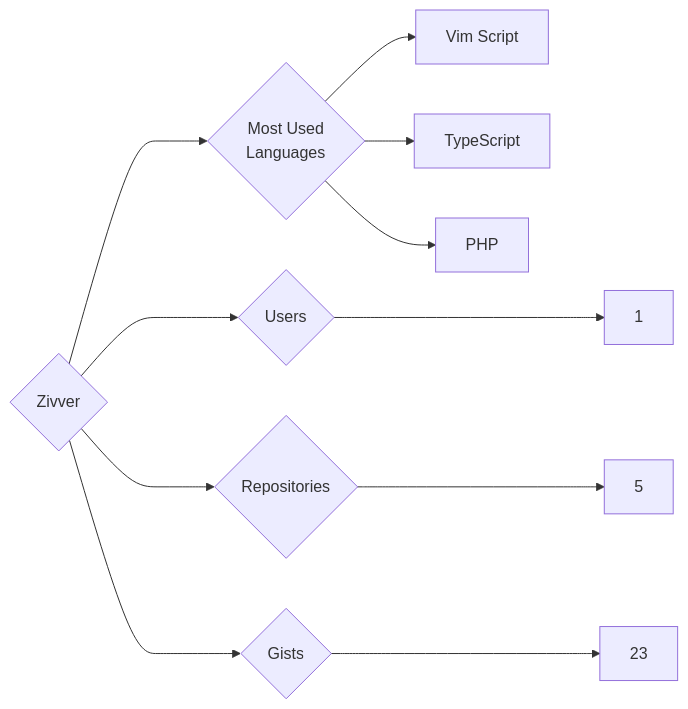
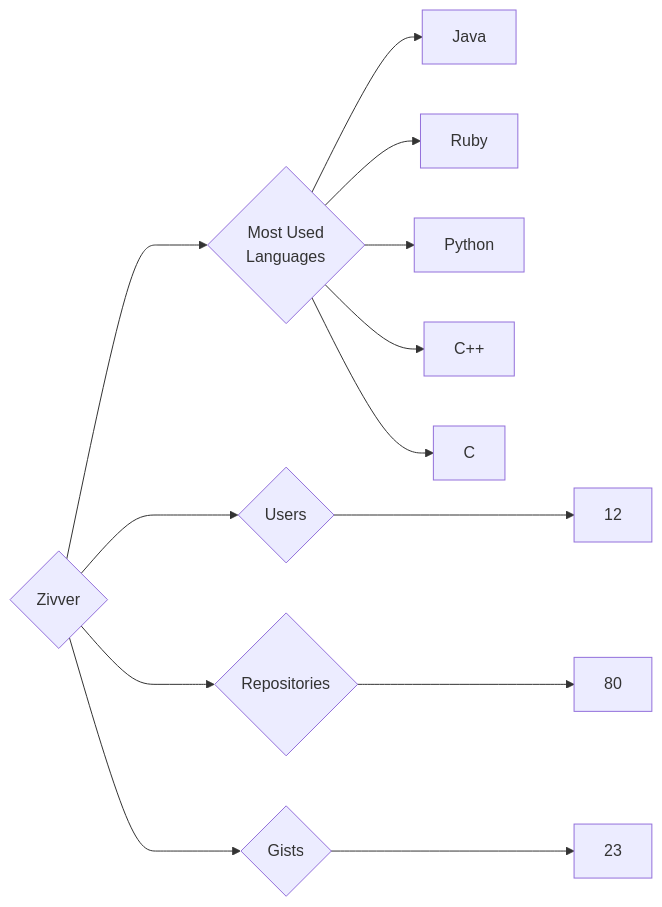
Before and after one commit to trickest/insiders: the diagram in targets/Zivver/README.md, drawn with Mermaid. The commit also changed 903 other files, not shown here.

````diff
--- a/targets/Zivver/README.md
+++ b/targets/Zivver/README.md
@@ -3,11 +3,13 @@
 ```mermaid
 graph LR
 COMPANY_NAME{Zivver}
-COMPANY_NAME ---> U{Users} ---> UN[1]
-COMPANY_NAME ---> R{Repositories} ---> RN[5]
+COMPANY_NAME ---> U{Users} ---> UN[12]
+COMPANY_NAME ---> R{Repositories} ---> RN[80]
 COMPANY_NAME ---> G{Gists} ---> GN[23]
 COMPANY_NAME ---> ML{Most Used<br>Languages}
-ML --> Vim_Script[Vim Script]
-ML --> TypeScript[TypeScript]
-ML --> PHP[PHP]
+ML --> Java[Java]
+ML --> Ruby[Ruby]
+ML --> Python[Python]
+ML --> C++[C++]
+ML --> C[C]
 ```
````
